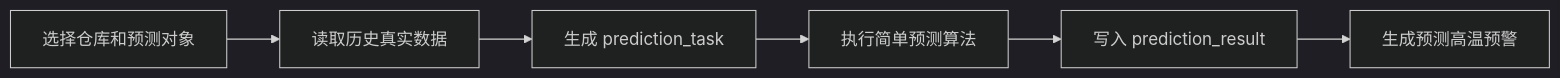
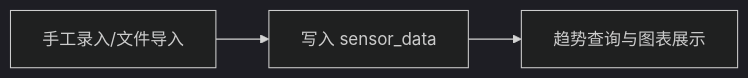
The third of 4 diagrams in zzz-docs/设计文档/数据库设计-滚动预测与高温预警版.md (Miss-PinkElf/bs-test-01), drawn with Mermaid (dark theme) before and after one commit. The commit also changed other lines of this file and 46 other files, not shown here.

````diff
--- a/zzz-docs/设计文档/数据库设计-滚动预测与高温预警版.md
+++ b/zzz-docs/设计文档/数据库设计-滚动预测与高温预警版.md
@@ -440,8 +346,5 @@
 ```mermaid
 flowchart LR
-    A[选择仓库和预测对象] --> B[读取历史真实数据]
-    B --> C[生成 prediction_task]
-    C --> D[执行简单预测算法]
-    D --> E[写入 prediction_result]
-    E --> F[生成预测高温预警]
+    A[手工录入/文件导入] --> B[写入 sensor_data]
+    B --> C[趋势查询与图表展示]
 ```
````
